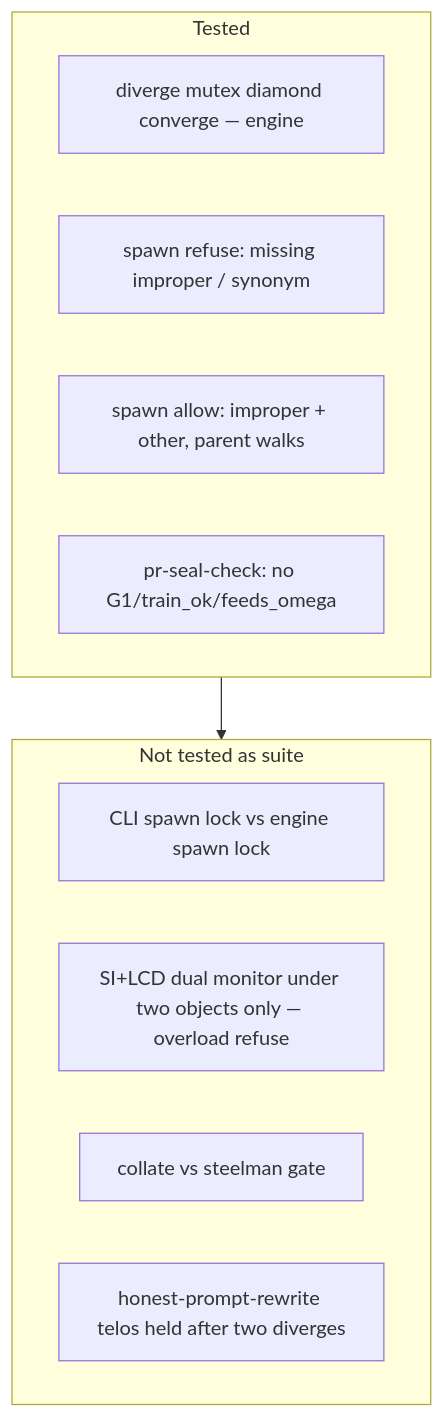
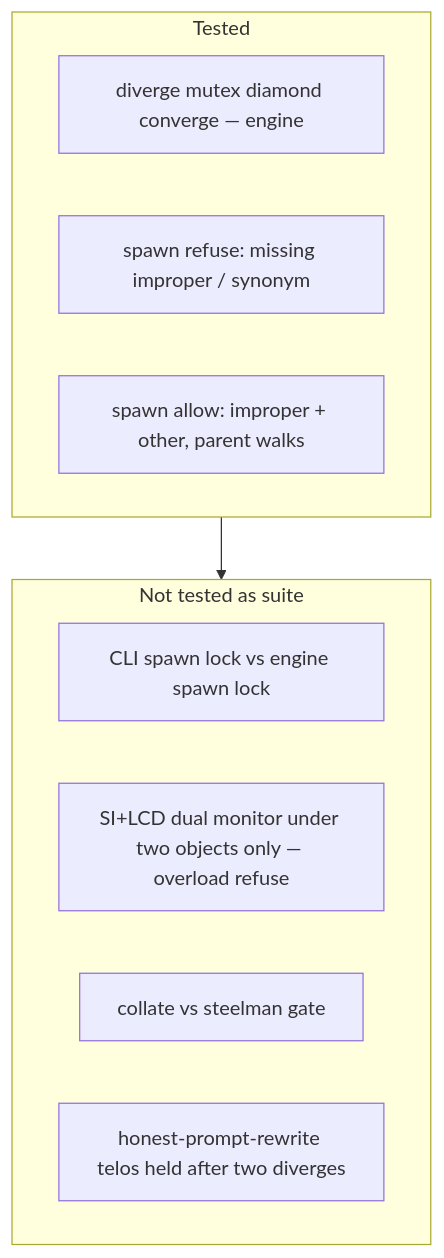
One commit to Fractal-Deployment/twinglass-pack changed the fourth of 4 diagrams in LATTICE_AHEAD.md. Above: the diagram before and after it, drawn with Mermaid. The commit also changed other lines of this file and 68 other files, not shown here.

````diff
--- a/LATTICE_AHEAD.md
+++ b/LATTICE_AHEAD.md
@@ -66,16 +64,15 @@
 ```mermaid
 flowchart TD
   subgraph done [Tested]
     T1[diverge mutex diamond converge — engine]
     T2[spawn refuse: missing improper / synonym]
     T3[spawn allow: improper + other, parent walks]
-    T4[pr-seal-check: no G1/train_ok/feeds_omega]
   end
   subgraph notyet [Not tested as suite]
     X1[CLI spawn lock vs engine spawn lock]
     X2[SI+LCD dual monitor under two objects only — overload refuse]
     X3[collate vs steelman gate]
     X4[honest-prompt-rewrite telos held after two diverges]
   end
   done --> notyet
 ```
````
